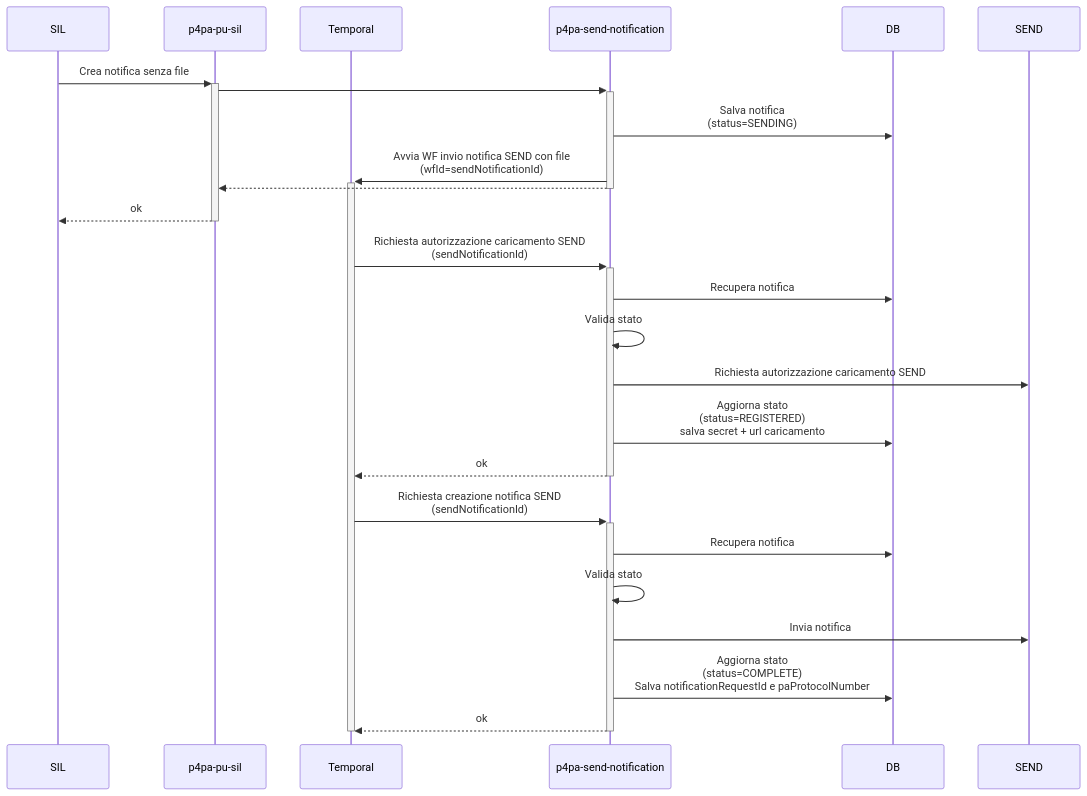
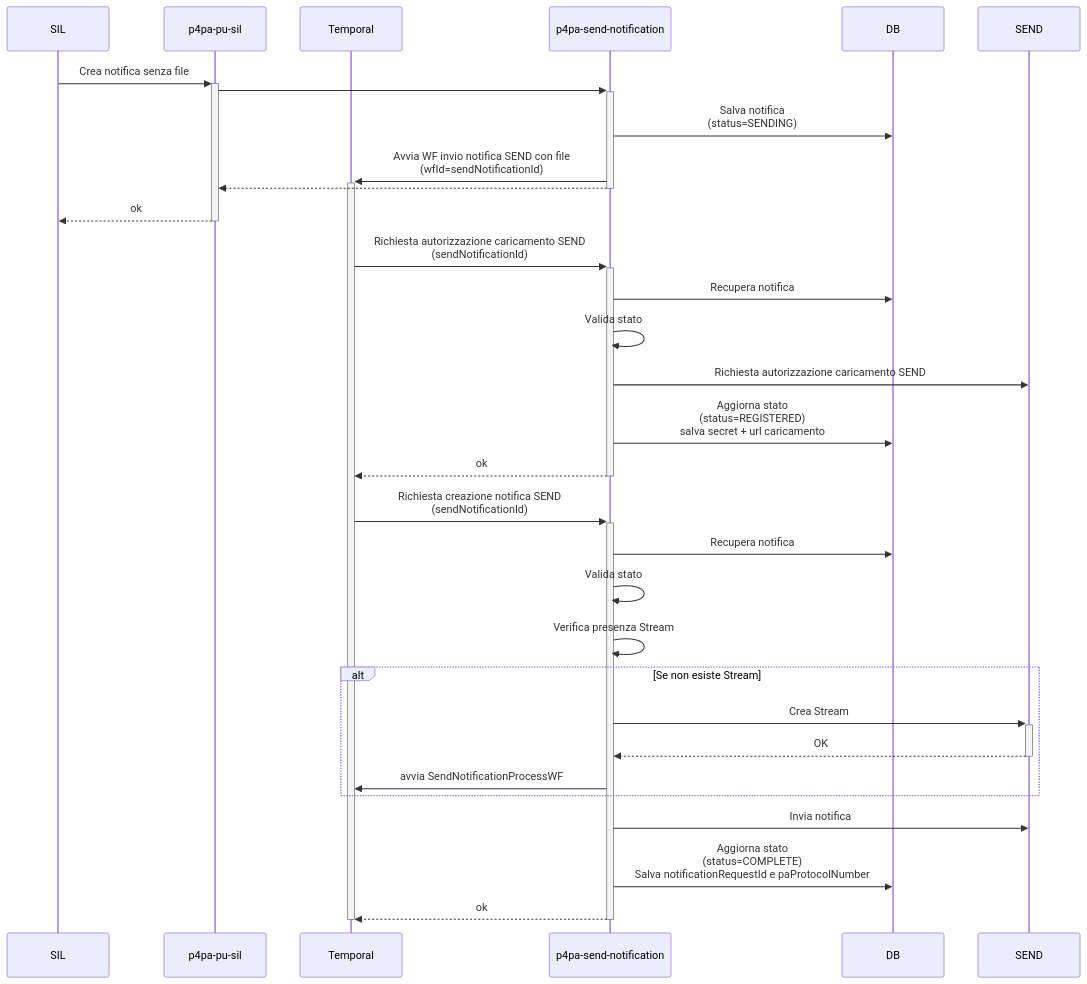
The diagram in design/send/sequence_createNotificationWithoutFile.mmd (pagopa/p4pa-doc), drawn with Mermaid before and after one commit. The commit also changed 3 other files, not shown here.

Commit message:
P4ADEV-3720-change-sequence-diagram

```diff
--- a/design/send/sequence_createNotificationWithoutFile.mmd
+++ b/design/send/sequence_createNotificationWithoutFile.mmd
@@ -1,30 +1,40 @@
+---
+config:
+  theme: mc
+---
 sequenceDiagram
     participant SIL
     participant MS_SIL as p4pa-pu-sil
     participant WF as Temporal
     participant MS_SEND as p4pa-send-notification
     participant DB
     participant SEND_PAGOPA as SEND
 
     SIL ->>+ MS_SIL: Crea notifica senza file
-        MS_SIL ->>+ MS_SEND: #
+        MS_SIL ->>+ MS_SEND:
             MS_SEND ->> DB: Salva notifica <BR />(status=SENDING)
             MS_SEND ->>+ WF: Avvia WF invio notifica SEND con file<BR />(wfId=sendNotificationId)
-        MS_SEND -->>- MS_SIL: #
+        MS_SEND -->>- MS_SIL:
     MS_SIL -->>- SIL: ok
 
     WF ->>+ MS_SEND: Richiesta autorizzazione caricamento SEND<BR />(sendNotificationId)
         MS_SEND ->> DB: Recupera notifica
         MS_SEND ->> MS_SEND: Valida stato
         MS_SEND ->> SEND_PAGOPA: Richiesta autorizzazione caricamento SEND
         MS_SEND ->> DB: Aggiorna stato<BR />(status=REGISTERED)<BR />salva secret + url caricamento
         MS_SEND -->>- WF: ok
 
     WF ->>+ MS_SEND: Richiesta creazione notifica SEND<BR />(sendNotificationId)
         MS_SEND ->> DB: Recupera notifica
         MS_SEND ->> MS_SEND: Valida stato
+        MS_SEND ->> MS_SEND: Verifica presenza Stream
+        alt Se non esiste Stream
+            MS_SEND ->>+ SEND_PAGOPA: Crea Stream
+            SEND_PAGOPA -->>- MS_SEND: OK
+            MS_SEND ->> WF: avvia SendNotificationProcessWF
+        end
         MS_SEND ->> SEND_PAGOPA: Invia notifica
         MS_SEND ->> DB: Aggiorna stato<BR />(status=COMPLETE)<BR />Salva notificationRequestId e paProtocolNumber
         MS_SEND -->>- WF: ok
 
     deactivate WF
```
